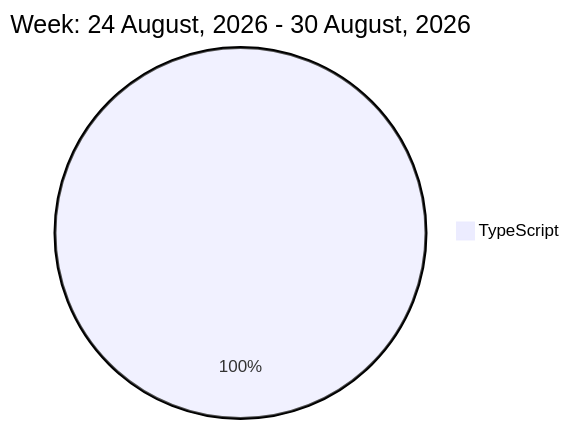
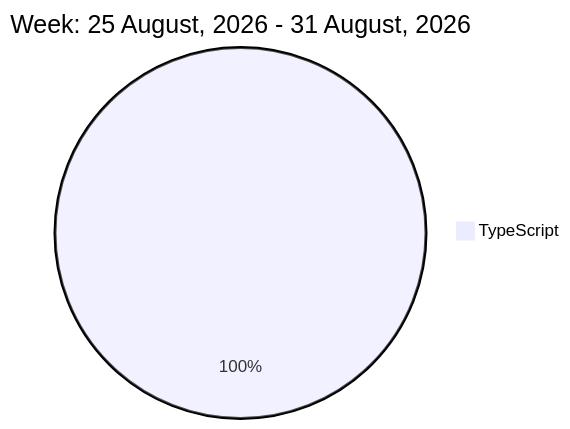
The diagram in README.md (liubin95/liubin95), drawn with Mermaid before and after one commit.

Commit message:
Updated the Graph with new Metrics

````diff
--- a/README.md
+++ b/README.md
@@ -32,5 +32,5 @@
 ```mermaid
  pie
-title Week: 24 August, 2026 - 30 August, 2026
+title Week: 25 August, 2026 - 31 August, 2026
  "TypeScript" : 2.8
 ```
````
